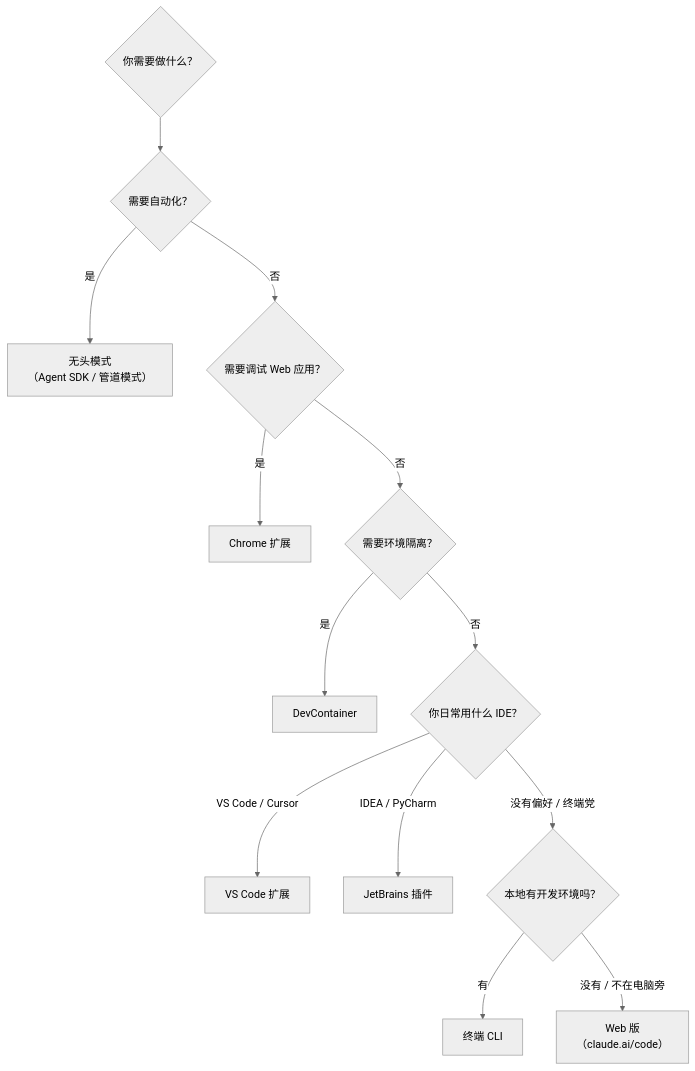
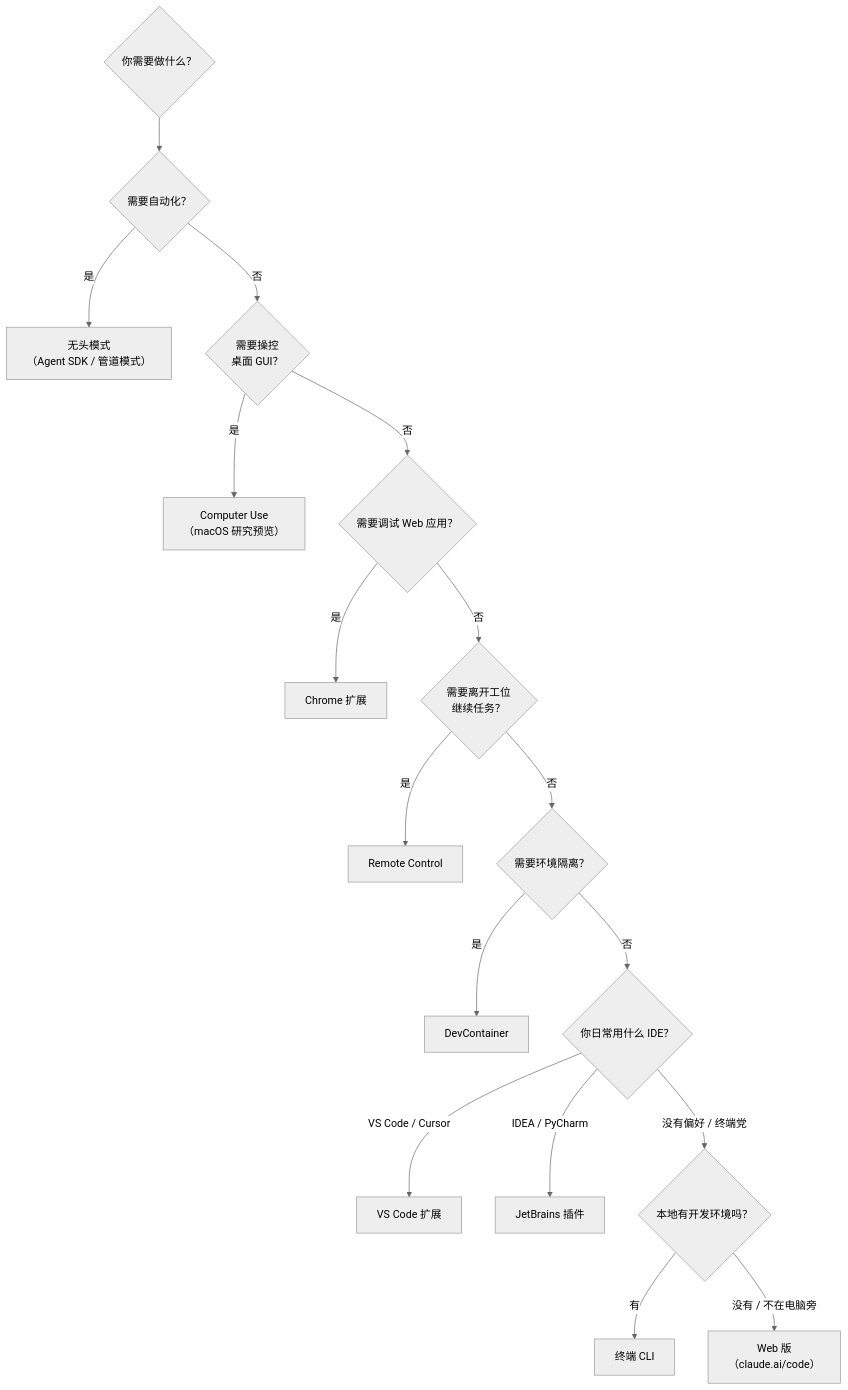
One commit to luguosong/programming-notes changed the second of 2 diagrams in docs/topic/ai/claude-code/platforms/index.md. Above: the diagram before and after it, drawn with Mermaid (neutral theme). The commit also changed other lines of this file and 17 other files, not shown here.

First line of the commit message:
docs(claude-code): Phase 1 全面优化——18 篇笔记对照官方文档补充遗漏内容

````diff
--- a/docs/topic/ai/claude-code/platforms/index.md
+++ b/docs/topic/ai/claude-code/platforms/index.md
@@ -545,15 +646,19 @@
 ```mermaid
 graph TD
   Start{你需要做什么？} --> A{需要自动化？}
   A -->|是| B["无头模式<br/>（Agent SDK / 管道模式）"]
-  A -->|否| C{需要调试 Web 应用？}
-  C -->|是| D["Chrome 扩展"]
-  C -->|否| E{需要环境隔离？}
-  E -->|是| F["DevContainer"]
-  E -->|否| G{你日常用什么 IDE？}
-  G -->|VS Code / Cursor| H["VS Code 扩展"]
-  G -->|IDEA / PyCharm| I["JetBrains 插件"]
-  G -->|没有偏好 / 终端党| J{本地有开发环境吗？}
-  J -->|有| K["终端 CLI"]
-  J -->|没有 / 不在电脑旁| L["Web 版<br/>（claude.ai/code）"]
+  A -->|否| C{需要操控<br/>桌面 GUI？}
+  C -->|是| D["Computer Use<br/>（macOS 研究预览）"]
+  C -->|否| E{需要调试 Web 应用？}
+  E -->|是| F["Chrome 扩展"]
+  E -->|否| G{需要离开工位<br/>继续任务？}
+  G -->|是| H["Remote Control"]
+  G -->|否| I{需要环境隔离？}
+  I -->|是| J["DevContainer"]
+  I -->|否| K{你日常用什么 IDE？}
+  K -->|VS Code / Cursor| L["VS Code 扩展"]
+  K -->|IDEA / PyCharm| M["JetBrains 插件"]
+  K -->|没有偏好 / 终端党| N{本地有开发环境吗？}
+  N -->|有| O["终端 CLI"]
+  N -->|没有 / 不在电脑旁| P["Web 版<br/>（claude.ai/code）"]
 ```
````
